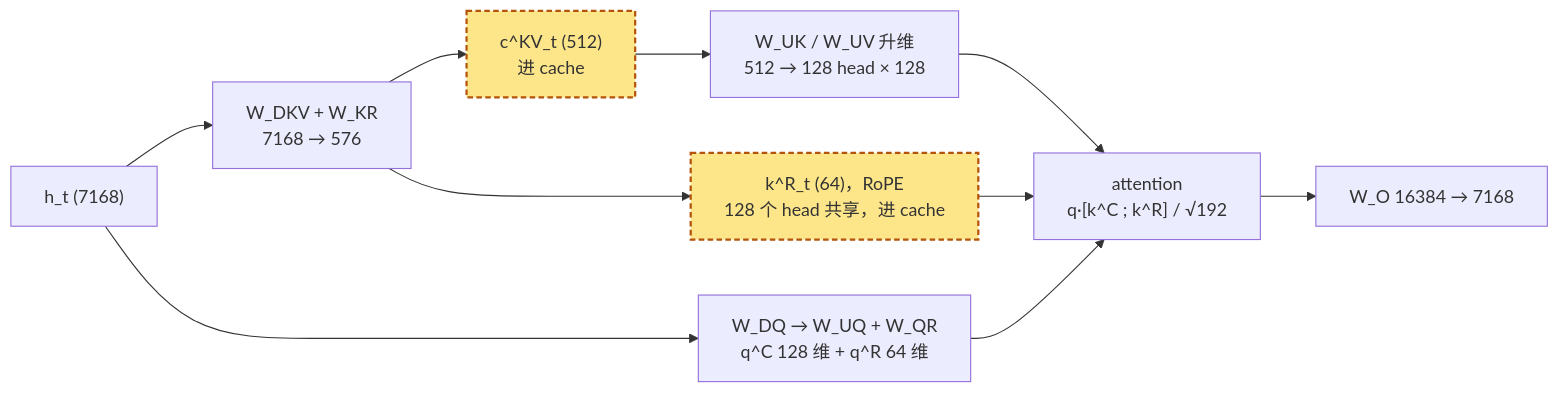
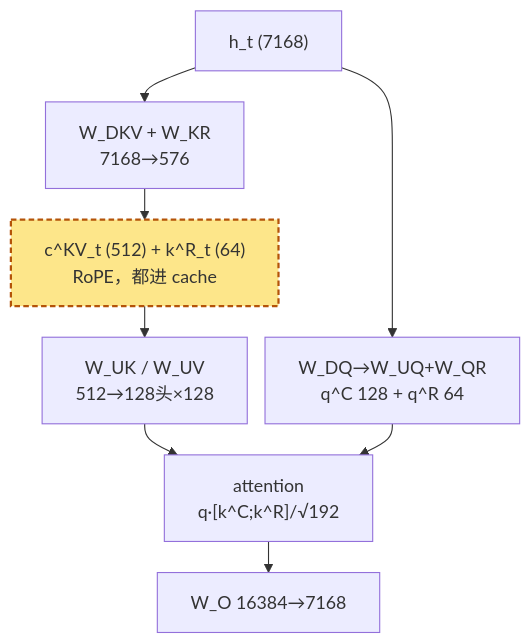
One commit to arganzheng/arganzheng.github.com changed the first of 4 diagrams in slides/2026-04-09-modern-llm-architecture.md. Above: the diagram before and after it, drawn with Mermaid. The commit also changed other lines of this file, not shown here.

Commit message:
slides/2026-04-09-modern-llm-architecture: wide LR mermaids -> TB, tighten labels (smalltext <14px fixes)

````diff
--- a/slides/2026-04-09-modern-llm-architecture.md
+++ b/slides/2026-04-09-modern-llm-architecture.md
@@ -104,14 +104,12 @@
 ```mermaid
-%%{init: {"flowchart": {"wrappingWidth": 260}}}%%
-flowchart LR
-    H["h_t (7168)"] --> DKV["W_DKV + W_KR<br/>7168 → 576"]
-    DKV --> CKV["c^KV_t (512)<br/>进 cache"]
-    DKV --> KR["k^R_t (64)，RoPE<br/>128 个 head 共享，进 cache"]
-    CKV --> UKV["W_UK / W_UV 升维<br/>512 → 128 head × 128"]
-    UKV --> ATT["attention<br/>q·[k^C ; k^R] / √192"]
-    KR --> ATT
-    H --> Q["W_DQ → W_UQ + W_QR<br/>q^C 128 维 + q^R 64 维"] --> ATT
-    ATT --> WO["W_O 16384 → 7168"]
+%%{init: {"flowchart": {"wrappingWidth": 260, "rankSpacing": 28, "nodeSpacing": 16}}}%%
+flowchart TB
+    H["h_t (7168)"] --> DKV["W_DKV + W_KR<br/>7168→576"]
+    DKV --> CKV["c^KV_t (512) + k^R_t (64)<br/>RoPE，都进 cache"]
+    CKV --> UKV["W_UK / W_UV<br/>512→128头×128"]
+    UKV --> ATT["attention<br/>q·[k^C;k^R]/√192"]
+    H --> Q["W_DQ→W_UQ+W_QR<br/>q^C 128 + q^R 64"] --> ATT
+    ATT --> WO["W_O 16384→7168"]
     classDef cache fill:#fde68a,stroke:#b45309,stroke-width:2px,stroke-dasharray:5 3
-    class CKV,KR cache
+    class CKV cache
 ```
````
